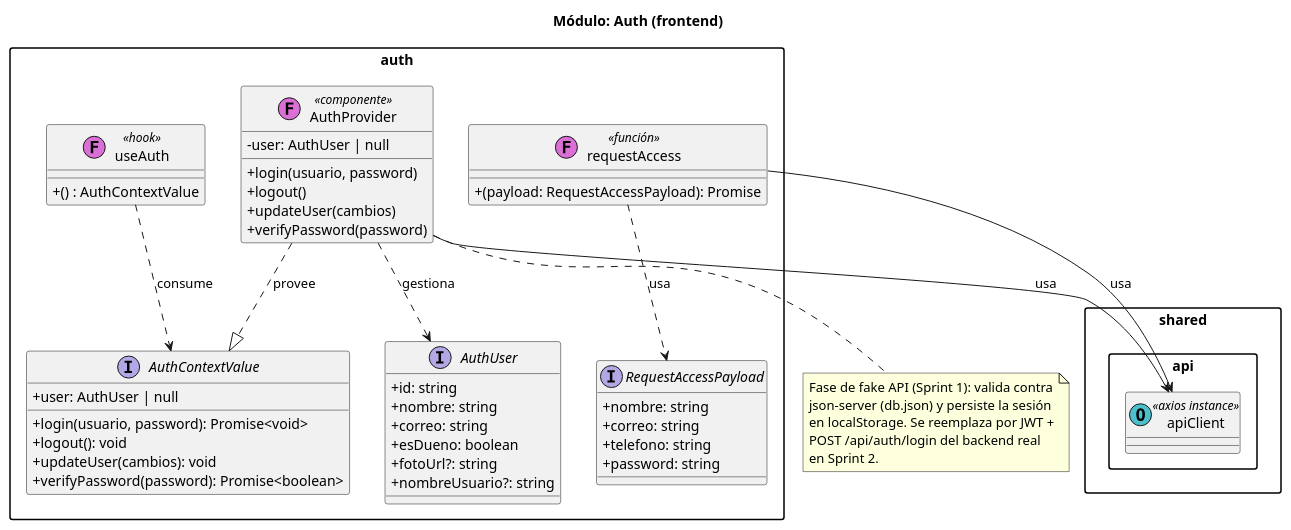
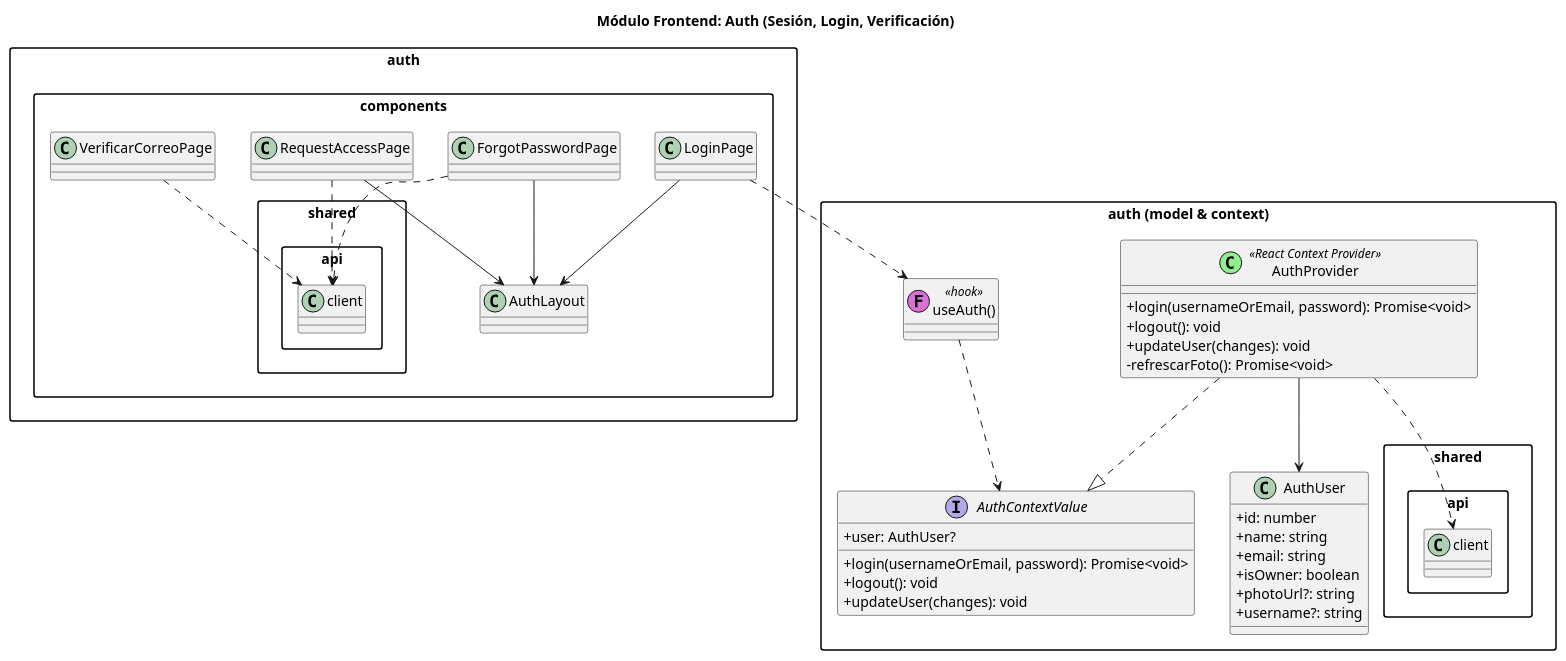
One commit to brianna-salinas/la-canchita-de-carlos-frontend changed the diagram in docs/diagrams/auth.puml. Above: the diagram before and after it, drawn with PlantUML. The commit also changed 35 other files, not shown here.

Commit message:
fix: arreglos a los class diagrams

```diff
--- a/docs/diagrams/auth.puml
+++ b/docs/diagrams/auth.puml
@@ -1,69 +1,55 @@
 @startuml auth-module
-title Módulo: Auth (frontend)
+title Módulo Frontend: Auth (Sesión, Login, Verificación)
 
 skinparam classAttributeIconSize 0
 skinparam packageStyle rectangle
 
-package "auth" {
-  interface AuthUser {
-    +id: string
-    +nombre: string
-    +correo: string
-    +esDueno: boolean
-    +fotoUrl?: string
-    +nombreUsuario?: string
+package "auth (model & context)" {
+  class AuthUser {
+    +id: number
+    +name: string
+    +email: string
+    +isOwner: boolean
+    +photoUrl?: string
+    +username?: string
   }
 
   interface AuthContextValue {
-    +user: AuthUser | null
-    +login(usuario, password): Promise<void>
+    +user: AuthUser?
+    +login(usernameOrEmail, password): Promise<void>
     +logout(): void
-    +updateUser(cambios): void
-    +verifyPassword(password): Promise<boolean>
+    +updateUser(changes): void
   }
 
-  class "AuthProvider" as AuthProvider << (F,orchid) componente >> {
-    -user: AuthUser | null
-    +login(usuario, password)
-    +logout()
-    +updateUser(cambios)
-    +verifyPassword(password)
+  class AuthProvider << (C,lightgreen) React Context Provider >> {
+    +login(usernameOrEmail, password): Promise<void>
+    +logout(): void
+    +updateUser(changes): void
+    -refrescarFoto(): Promise<void>
   }
 
-  class "useAuth" as useAuth << (F,orchid) hook >> {
-    +() : AuthContextValue
-  }
+  class "useAuth()" as useAuth << (F,orchid) hook >>
 
-  interface RequestAccessPayload {
-    +nombre: string
-    +correo: string
-    +telefono: string
-    +password: string
-  }
-
-  class "requestAccess" as requestAccess << (F,orchid) función >> {
-    +(payload: RequestAccessPayload): Promise
-  }
-
-  AuthProvider ..> AuthUser : gestiona
-  AuthProvider ..|> AuthContextValue : provee
-  useAuth ..> AuthContextValue : consume
-  requestAccess ..> RequestAccessPayload : usa
+  AuthProvider ..|> AuthContextValue
+  AuthProvider --> AuthUser
+  useAuth ..> AuthContextValue
+  AuthProvider ..> "shared.api.client"
 }
 
-package "shared.api" {
-  class apiClient << (O,#4DBECC) axios instance >>
+package "auth.components" {
+  class LoginPage
+  class ForgotPasswordPage
+  class RequestAccessPage
+  class AuthLayout
+  class VerificarCorreoPage
+
+  LoginPage ..> useAuth
+  RequestAccessPage ..> "shared.api.client"
+  ForgotPasswordPage ..> "shared.api.client"
+  VerificarCorreoPage ..> "shared.api.client"
+  LoginPage --> AuthLayout
+  ForgotPasswordPage --> AuthLayout
+  RequestAccessPage --> AuthLayout
 }
 
-AuthProvider --> apiClient : usa
-requestAccess --> apiClient : usa
-
-note bottom of AuthProvider
-  Fase de fake API (Sprint 1): valida contra
-  json-server (db.json) y persiste la sesión
-  en localStorage. Se reemplaza por JWT +
-  POST /api/auth/login del backend real
-  en Sprint 2.
-end note
-
 @enduml
```
